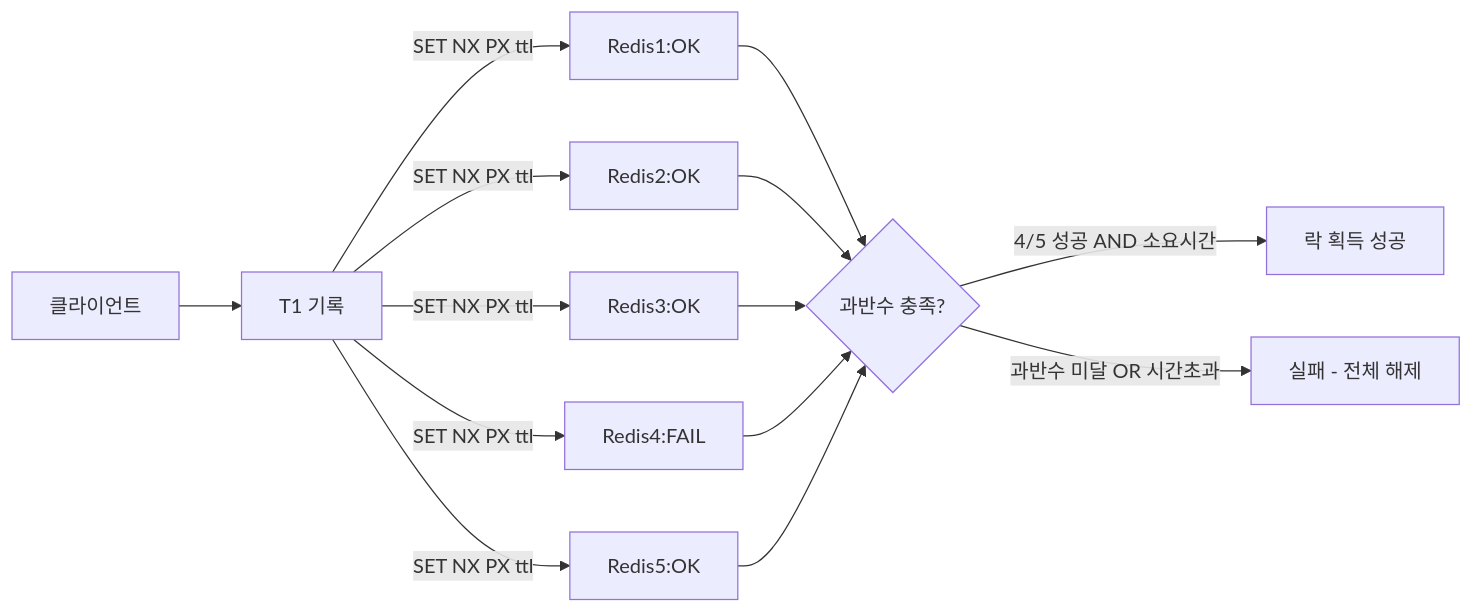
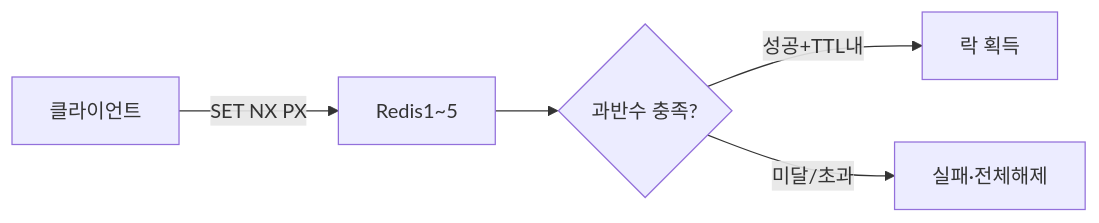
The eighth of 15 diagrams in _posts/redis/2026-05-01-redis-distributed-lock.md (yjkim2015/yjkim2015.github.io), drawn with Mermaid before and after one commit. The commit also changed other lines of this file and 163 other files, not shown here.

First line of the commit message:
Mermaid 300개 블록 내용 축소: 5노드 5엣지 이하, 의미 있는 약어

````diff
--- a/_posts/redis/2026-05-01-redis-distributed-lock.md
+++ b/_posts/redis/2026-05-01-redis-distributed-lock.md
@@ -539,8 +532,7 @@
 ```mermaid
-flowchart LR
-    C[클라이언트] --> START[T1 기록]
-    START -->|SET NX PX ttl| R1[Redis1:OK] & R2[Redis2:OK] & R3[Redis3:OK] & R4[Redis4:FAIL] & R5[Redis5:OK]
-    R1 & R2 & R3 & R4 & R5 --> CHECK{과반수 충족?}
-    CHECK -->|4/5 성공 AND 소요시간<TTL| SUCCESS[락 획득 성공]
-    CHECK -->|과반수 미달 OR 시간초과| FAIL[실패 - 전체 해제]
+graph LR
+    C["클라이언트"] -->|SET NX PX| R1["Redis1~5"]
+    R1 --> CHECK{"과반수 충족?"}
+    CHECK -->|성공+TTL내| OK["락 획득"]
+    CHECK -->|미달/초과| FAIL["실패·전체해제"]
 ```
````
